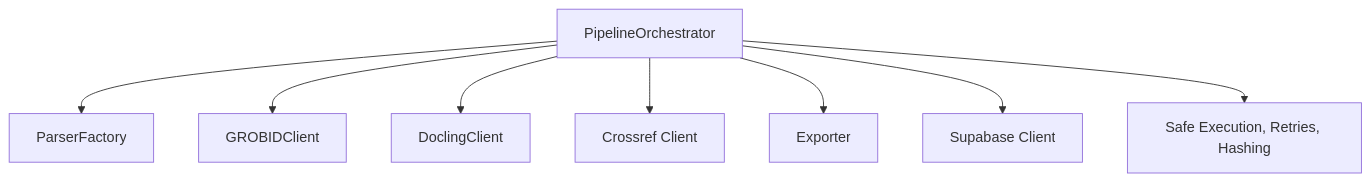
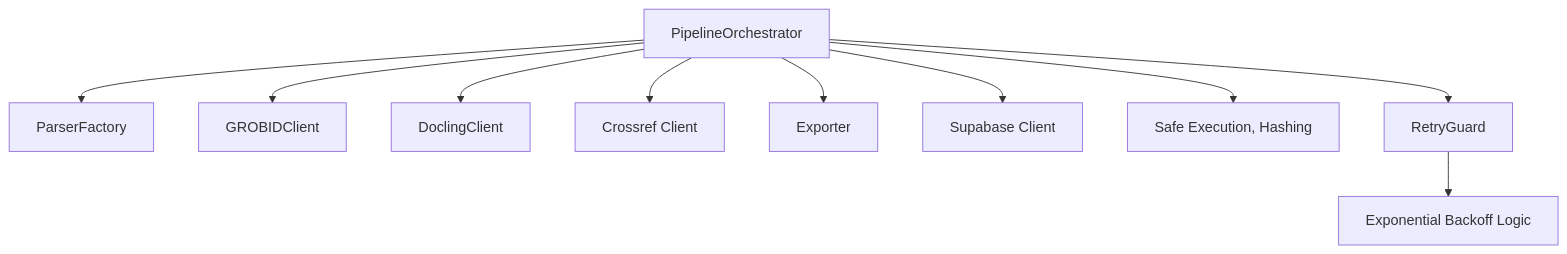
Before and after one commit to rohitkumarnaidu/-Auto-AI-Automated-Academic-Docx-Manuscript-Formatter: the tenth of 10 diagrams in .qoder/repowiki/en/content/Backend Development/Pipeline Processing System.md, drawn with Mermaid. The commit also changed other lines of this file and 4 other files, not shown here.

````diff
--- a/.qoder/repowiki/en/content/Backend Development/Pipeline Processing System.md
+++ b/.qoder/repowiki/en/content/Backend Development/Pipeline Processing System.md
@@ -395,10 +471,12 @@
 ```mermaid
 graph TB
 Orchestrator["PipelineOrchestrator"] --> ParserFactory["ParserFactory"]
 Orchestrator --> GROBID["GROBIDClient"]
 Orchestrator --> Docling["DoclingClient"]
 Orchestrator --> Crossref["Crossref Client"]
 Orchestrator --> Exporter["Exporter"]
 Orchestrator --> Supabase["Supabase Client"]
-Orchestrator --> Utils["Safe Execution, Retries, Hashing"]
+Orchestrator --> Utils["Safe Execution, Hashing"]
+Orchestrator --> RetryGuard["RetryGuard"]
+RetryGuard --> ExponentialBackoff["Exponential Backoff Logic"]
 ```
````
